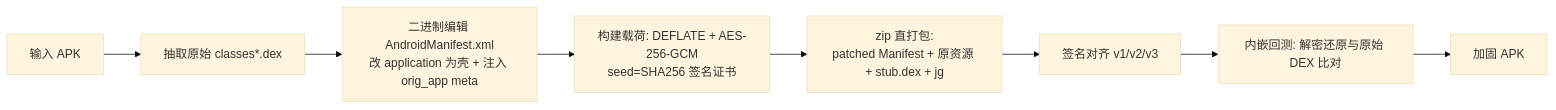
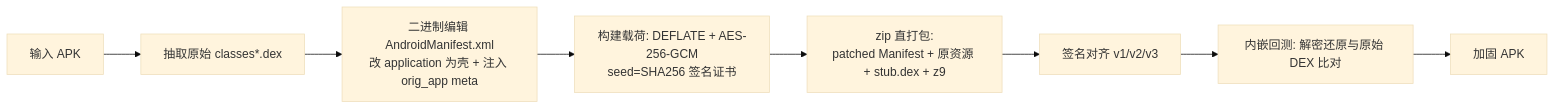
Before and after one commit to JianGsHanz/JGShield: the diagram in README.md, drawn with Mermaid (base theme). The commit also changed other lines of this file, not shown here.

````diff
--- a/README.md
+++ b/README.md
@@ -29,10 +30,10 @@
 ```mermaid
 flowchart LR
     A[输入 APK] --> B[抽取原始 classes*.dex]
     B --> C[二进制编辑 AndroidManifest.xml<br/>改 application 为壳 + 注入 orig_app meta]
     C --> D[构建载荷: DEFLATE + AES-256-GCM<br/>seed=SHA256 签名证书]
-    D --> E[zip 直打包:<br/>patched Manifest + 原资源 + stub.dex + jg]
+    D --> E[zip 直打包:<br/>patched Manifest + 原资源 + stub.dex + z9]
     E --> F[签名对齐 v1/v2/v3]
     F --> G[内嵌回测: 解密还原与原始 DEX 比对]
     G --> H[加固 APK]
 ```
````
